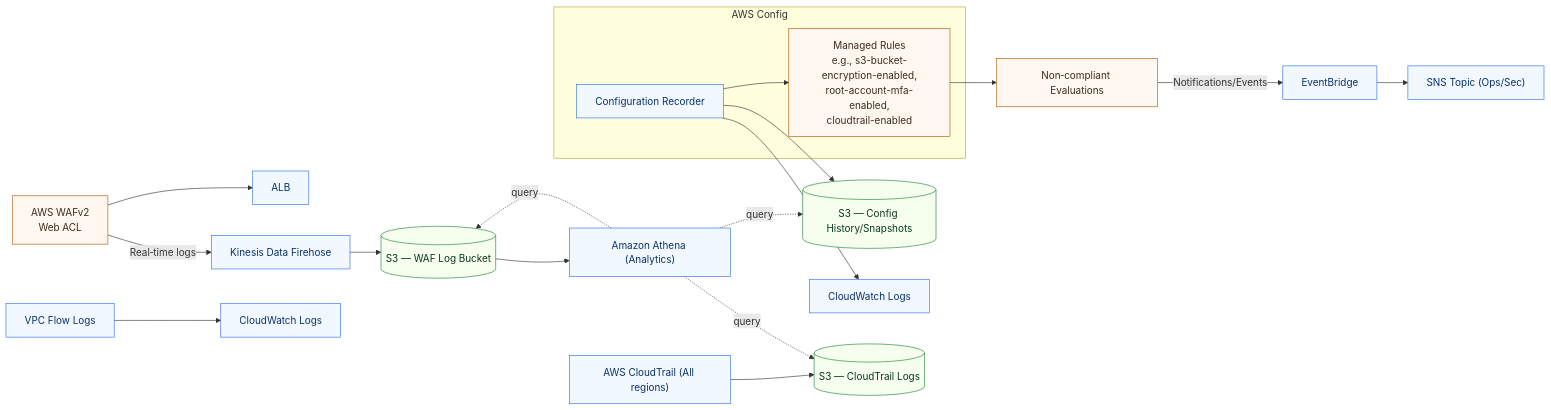
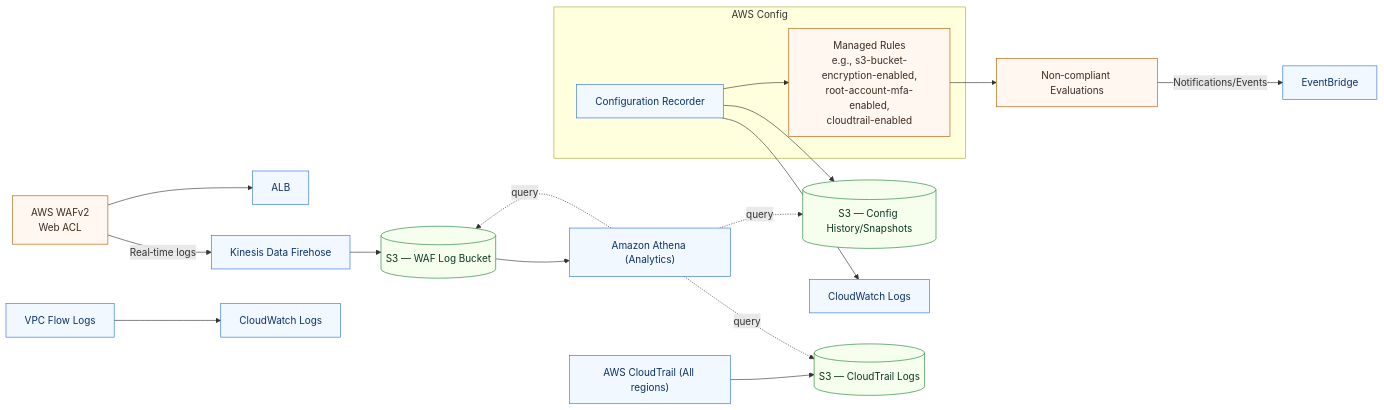
One commit to nokkya94/terraform_web_app_simulator changed the second of 2 diagrams in docs/aws-security-architecture.md. Above: the diagram before and after it, drawn with Mermaid. The commit also changed other lines of this file, not shown here.

Commit message:
Update aws-security-architecture.md with security-focused architecture details

````diff
--- a/docs/aws-security-architecture.md
+++ b/docs/aws-security-architecture.md
@@ -62,35 +66,34 @@
 ```mermaid
 flowchart LR
   classDef sec fill:#fff7f0,stroke:#b35900,stroke-width:1px,color:#3d2b1f;
   classDef data fill:#f6ffed,stroke:#1a7f37,stroke-width:1px,color:#0a3622;
   classDef aws fill:#f1f8ff,stroke:#2f6feb,stroke-width:1px,color:#0a3069;
 
   %% WAF
   WAF["AWS WAFv2<br/>Web ACL"]:::sec --> ALB[ALB]:::aws
   WAF -->|Real‑time logs| KDF["Kinesis Data Firehose"]:::aws
   KDF --> S3Waf[(S3 — WAF Log Bucket)]:::data
   S3Waf --> Athena["Amazon Athena (Analytics)"]:::aws
 
   %% Config
-  subgraph AWSConfig[AWS Config]
+  subgraph AWSConfig["AWS Config"]
     Recorder["Configuration Recorder"]:::aws
     Rules["Managed Rules<br/>e.g., s3-bucket-encryption-enabled,<br/>root-account-mfa-enabled,<br/>cloudtrail-enabled"]:::sec
     Recorder --> Rules
   end
 
   Rules --> Findings["Non‑compliant Evaluations"]:::sec
   Findings -->|Notifications/Events| Events["EventBridge"]:::aws
-  Events --> SNS["SNS Topic (Ops/Sec)"]:::aws
 
   Recorder --> S3Cfg[(S3 — Config History/Snapshots)]:::data
   Recorder --> CwCfg["CloudWatch Logs"]:::aws
 
   %% Other telemetry
   CT["AWS CloudTrail (All regions)"]:::aws --> S3Ct[(S3 — CloudTrail Logs)]:::data
   VPCFlow["VPC Flow Logs"]:::aws --> CwVPC["CloudWatch Logs"]:::aws
 
   %% Consumers
   Athena -. query .-> S3Waf
   Athena -. query .-> S3Ct
   Athena -. query .-> S3Cfg
 ```
````
